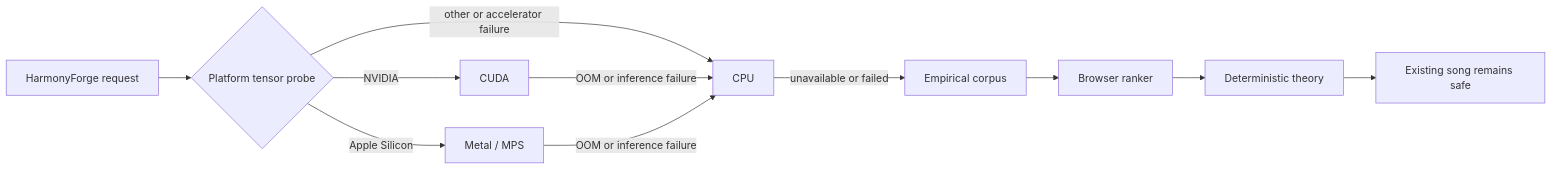
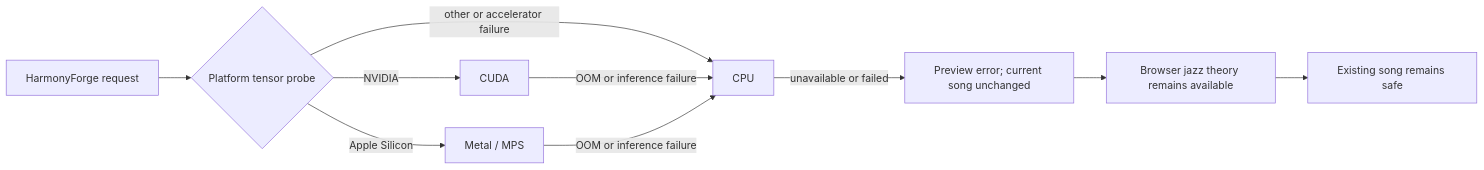
The second of 2 diagrams in README.en.md (uniuninaruru/Visual-studio-chord), drawn with Mermaid before and after one commit. The commit also changed other lines of this file and 51 other files, not shown here.

````diff
--- a/README.en.md
+++ b/README.en.md
@@ -752,13 +803,12 @@
 ```mermaid
 flowchart LR
     REQUEST["HarmonyForge request"] --> DEVICE{"Platform tensor probe"}
     DEVICE -->|NVIDIA| CUDA["CUDA"]
     DEVICE -->|Apple Silicon| MPS["Metal / MPS"]
     DEVICE -->|other or accelerator failure| CPU["CPU"]
     CUDA -->|OOM or inference failure| CPU
     MPS -->|OOM or inference failure| CPU
-    CPU -->|unavailable or failed| CORPUS["Empirical corpus"]
-    CORPUS --> BROWSER["Browser ranker"]
-    BROWSER --> THEORY["Deterministic theory"]
+    CPU -->|unavailable or failed| NOTICE["Preview error; current song unchanged"]
+    NOTICE --> THEORY["Browser jazz theory remains available"]
     THEORY --> SAFE["Existing song remains safe"]
 ```
````
